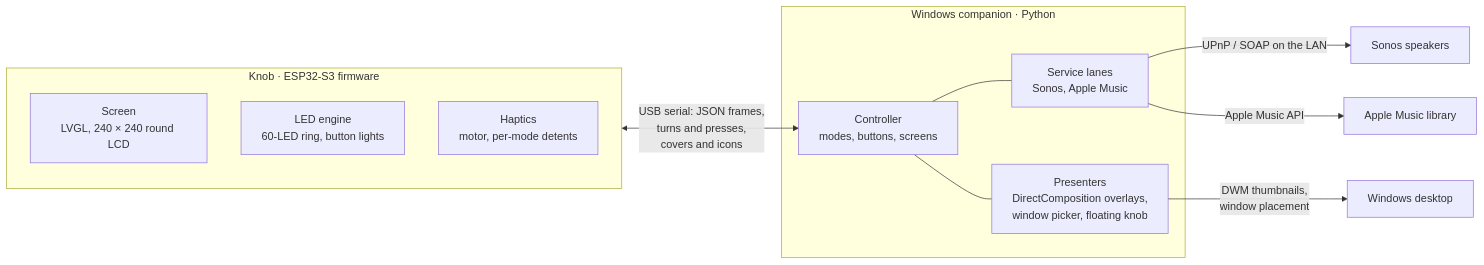
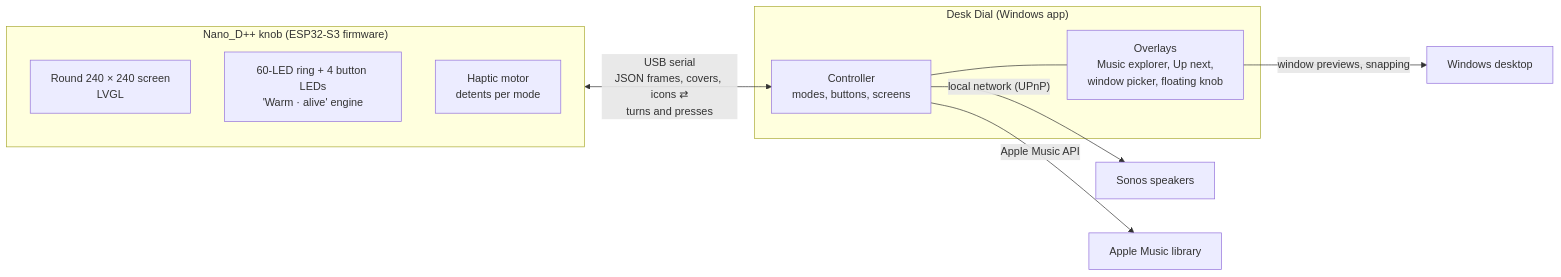
The diagram in README.md (hooterjackson/desk-dial), drawn with Mermaid before and after one commit. The commit also changed other lines of this file and 47 other files, not shown here.

````diff
--- a/README.md
+++ b/README.md
@@ -136,19 +113,17 @@
 ```mermaid
 flowchart LR
-  subgraph KNOB["Knob · ESP32-S3 firmware"]
-    LCD["Screen<br/>LVGL, 240 × 240 round LCD"]
-    LEDS["LED engine<br/>60-LED ring, button lights"]
-    HAP["Haptics<br/>motor, per-mode detents"]
+  subgraph KNOB["Nano_D++ knob (ESP32-S3 firmware)"]
+    LCD["Round 240 × 240 screen<br/>LVGL"]
+    LEDS["60-LED ring + 4 button LEDs<br/>'Warm · alive' engine"]
+    HAP["Haptic motor<br/>detents per mode"]
   end
-  subgraph PC["Windows companion · Python"]
+  subgraph PC["Desk Dial (Windows app)"]
     CTRL["Controller<br/>modes, buttons, screens"]
-    LANES["Service lanes<br/>Sonos, Apple Music"]
-    PRES["Presenters<br/>DirectComposition overlays,<br/>window picker, floating knob"]
+    OVL["Overlays<br/>Music explorer, Up next,<br/>window picker, floating knob"]
   end
-  KNOB <-- "USB serial: JSON frames,<br/>turns and presses,<br/>covers and icons" --> CTRL
-  CTRL --- LANES
-  CTRL --- PRES
-  LANES -- "UPnP / SOAP on the LAN" --> SONOS["Sonos speakers"]
-  LANES -- "Apple Music API" --> AM["Apple Music library"]
-  PRES -- "DWM thumbnails,<br/>window placement" --> WIN["Windows desktop"]
+  KNOB <-- "USB serial<br/>JSON frames, covers, icons ⇄<br/>turns and presses" --> CTRL
+  CTRL --- OVL
+  CTRL -- "local network (UPnP)" --> SONOS["Sonos speakers"]
+  CTRL -- "Apple Music API" --> AM["Apple Music library"]
+  OVL -- "window previews, snapping" --> WIN["Windows desktop"]
 ```
````
